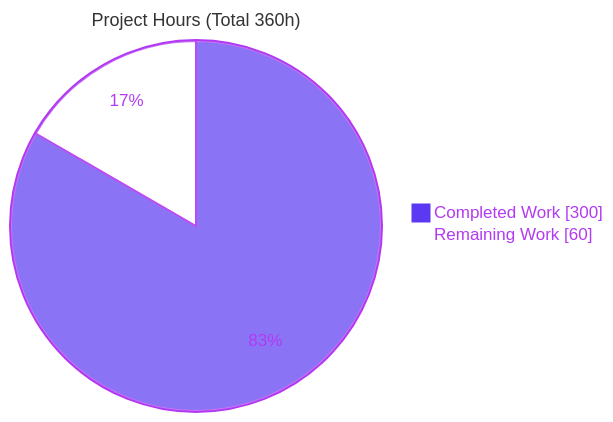
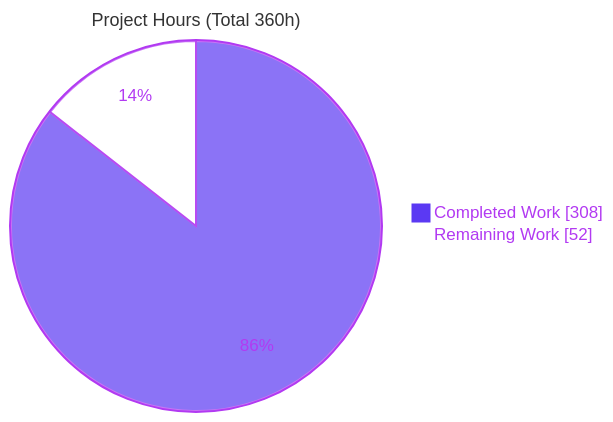
One commit to blitzy-public-samples/blitzy-delta-format changed the second of 3 diagrams in blitzy/documentation/Project Guide.md. Above: the diagram before and after it, drawn with Mermaid. The commit also changed other lines of this file and 13 other files, not shown here.

````diff
--- a/blitzy/documentation/Project Guide.md
+++ b/blitzy/documentation/Project Guide.md
@@ -227,6 +227,6 @@
 ```mermaid
 %%{init: {'theme':'base', 'themeVariables': {'pie1':'#5B39F3','pie2':'#FFFFFF','pieStrokeColor':'#B23AF2','pieOuterStrokeColor':'#B23AF2','pieSectionTextColor':'#B23AF2','pieTitleTextSize':'18px','pieLegendTextColor':'#B23AF2'}}}%%
 pie showData title Project Hours (Total 360h)
-    "Completed Work" : 300
-    "Remaining Work" : 60
+    "Completed Work" : 308
+    "Remaining Work" : 52
 ```
````
